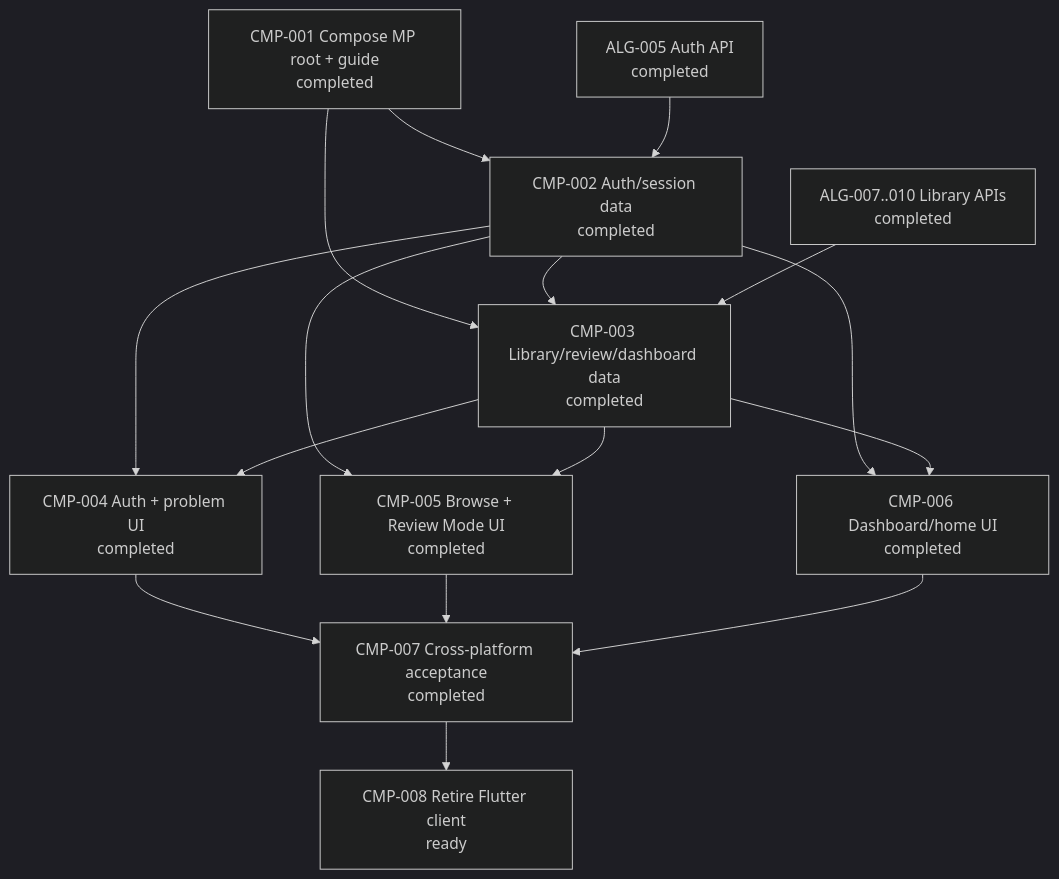
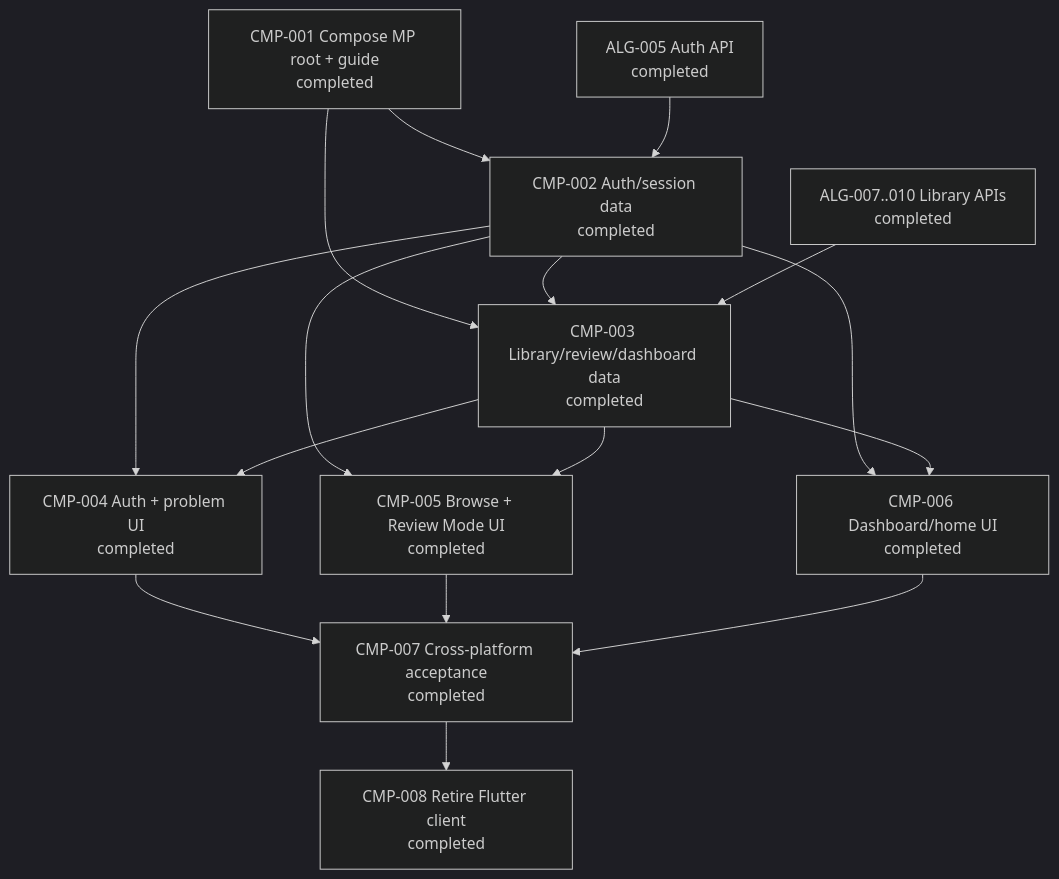
The fourth of 4 diagrams in agent-workflow/WORK_GRAPH.md (allenljf/algorithm-learning), drawn with Mermaid (dark theme) before and after one commit. The commit also changed 9 other files, not shown here.

Commit message:
chore: retire the Flutter client and record migration notes

````diff
--- a/agent-workflow/WORK_GRAPH.md
+++ b/agent-workflow/WORK_GRAPH.md
@@ -107,29 +107,29 @@
 ```mermaid
 flowchart TD
   C1[CMP-001 Compose MP root + guide\ncompleted]
   C2[CMP-002 Auth/session data\ncompleted]
   C3[CMP-003 Library/review/dashboard data\ncompleted]
   A5[ALG-005 Auth API\ncompleted]
   A7[ALG-007..010 Library APIs\ncompleted]
   C4[CMP-004 Auth + problem UI\ncompleted]
   C5[CMP-005 Browse + Review Mode UI\ncompleted]
   C6[CMP-006 Dashboard/home UI\ncompleted]
   C7[CMP-007 Cross-platform acceptance\ncompleted]
-  C8[CMP-008 Retire Flutter client\nready]
+  C8[CMP-008 Retire Flutter client\ncompleted]
 
   C1 --> C2
   A5 --> C2
   C1 --> C3
   C2 --> C3
   A7 --> C3
   C2 --> C4
   C3 --> C4
   C2 --> C5
   C3 --> C5
   C2 --> C6
   C3 --> C6
   C4 --> C7
   C5 --> C7
   C6 --> C7
   C7 --> C8
 ```
````
